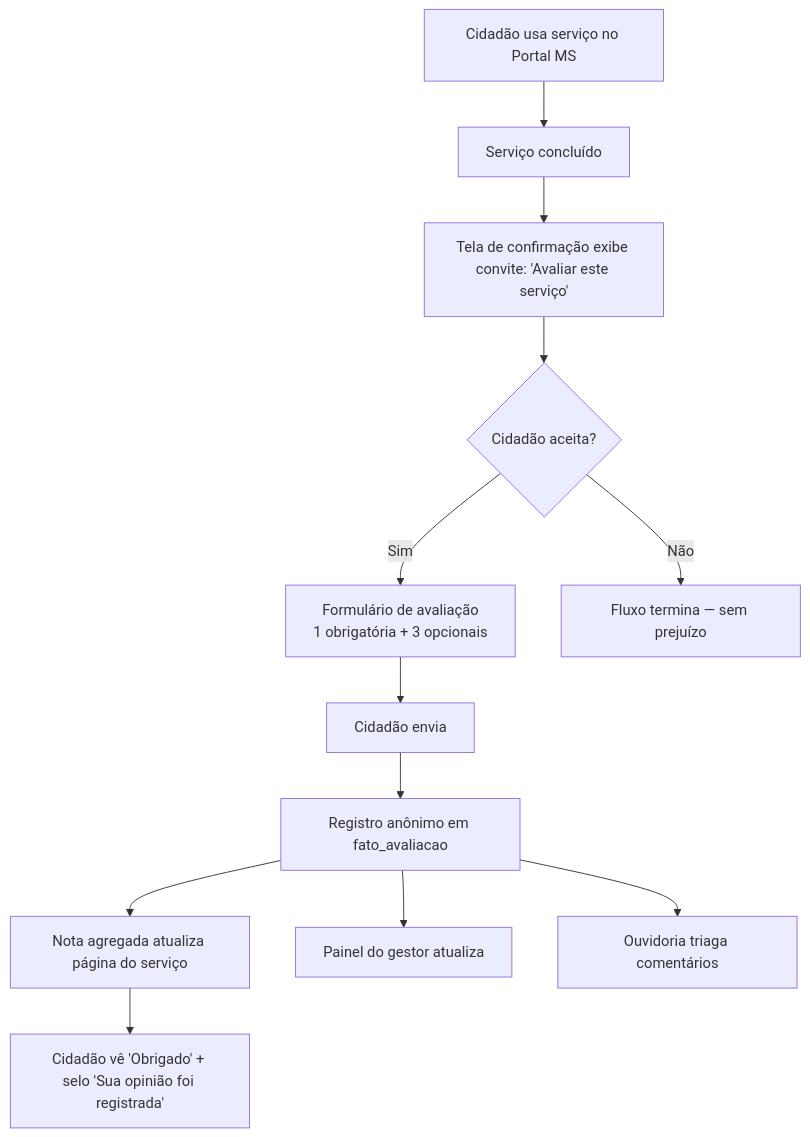
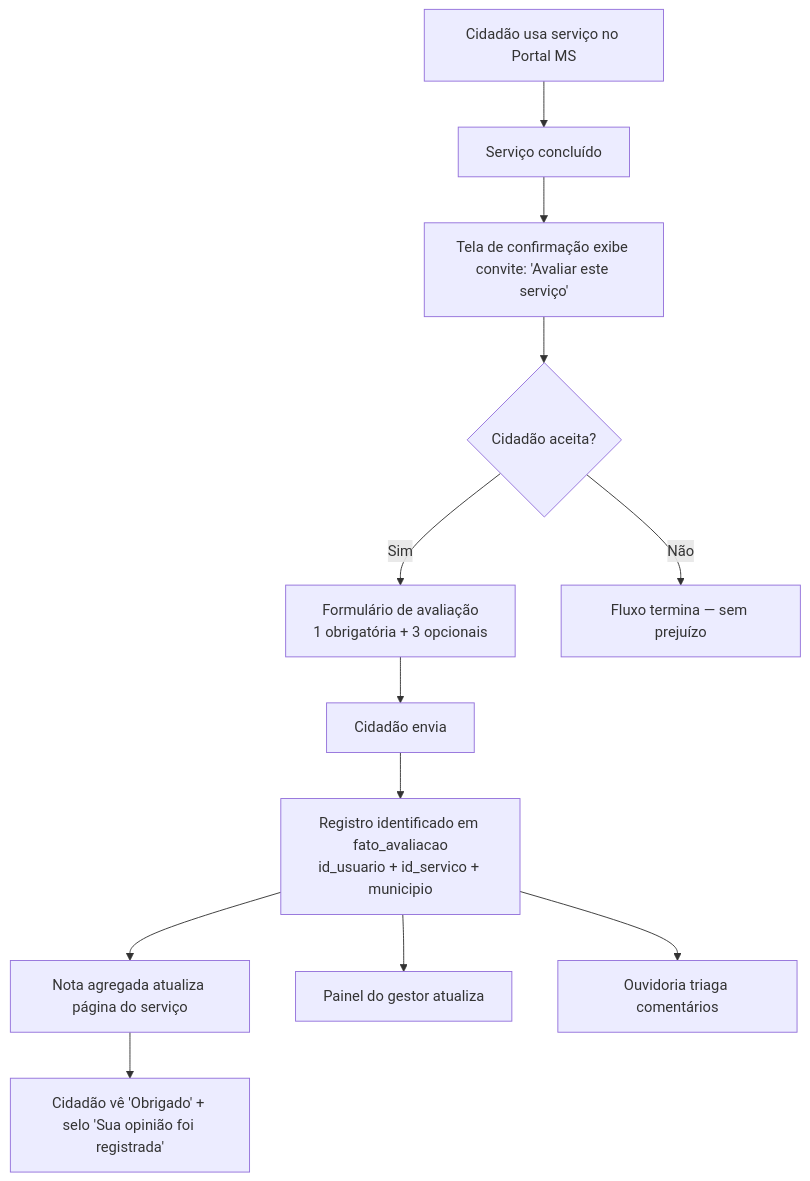
The first of 2 diagrams in docs/05-proposta/modelo-proposto.md (fabioramos-02/avaliacao-de-servicos), drawn with Mermaid before and after one commit. The commit also changed other lines of this file and 27 other files, not shown here.

````diff
--- a/docs/05-proposta/modelo-proposto.md
+++ b/docs/05-proposta/modelo-proposto.md
@@ -25,14 +31,14 @@
 ```mermaid
 graph TD
     A[Cidadão usa serviço no Portal MS] --> B[Serviço concluído]
     B --> C[Tela de confirmação exibe convite: 'Avaliar este serviço']
     C --> D{Cidadão aceita?}
     D -- Sim --> E[Formulário de avaliação<br/>1 obrigatória + 3 opcionais]
     D -- Não --> Z[Fluxo termina — sem prejuízo]
     E --> F[Cidadão envia]
-    F --> G[Registro anônimo em fato_avaliacao]
+    F --> G[Registro identificado em fato_avaliacao<br/>id_usuario + id_servico + municipio]
     G --> H1[Nota agregada atualiza página do serviço]
     G --> H2[Painel do gestor atualiza]
     G --> H3[Ouvidoria triaga comentários]
     H1 --> I[Cidadão vê 'Obrigado' + selo 'Sua opinião foi registrada']
 ```
````
